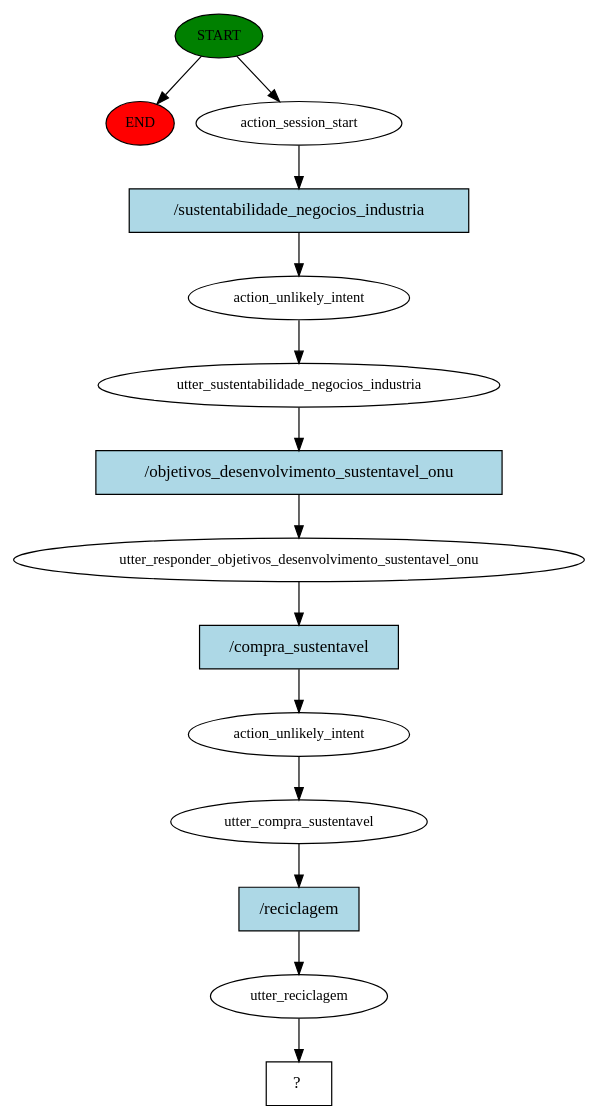
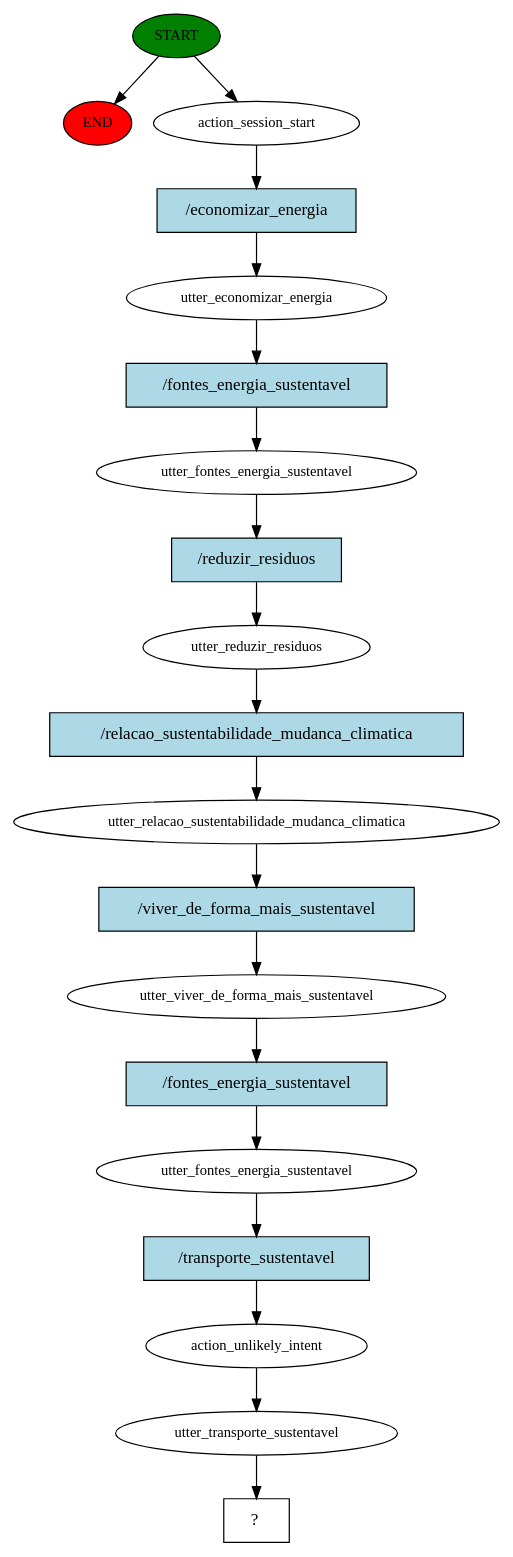
Before and after one commit to DrMadneesss/projeto-chatbot: the diagram in story_graph.dot, drawn with Graphviz. The commit also changed 355 other files, not shown here.

```diff
--- a/story_graph.dot
+++ b/story_graph.dot
@@ -1,29 +1,39 @@
 digraph  {
 0 [class="start active", fillcolor=green, fontsize=12, label=START, style=filled];
 "-1" [class=end, fillcolor=red, fontsize=12, label=END, style=filled];
 1 [class=active, fontsize=12, label=action_session_start];
-2 [class=active, fontsize=12, label=action_unlikely_intent];
-3 [class=active, fontsize=12, label=utter_sustentabilidade_negocios_industria];
-4 [class=active, fontsize=12, label=utter_responder_objetivos_desenvolvimento_sustentavel_onu];
-5 [class=active, fontsize=12, label=action_unlikely_intent];
-6 [class=active, fontsize=12, label=utter_compra_sustentavel];
-7 [class=active, fontsize=12, label=utter_reciclagem];
-8 [class="intent dashed active", label="  ?  ", shape=rect];
-9 [class="intent active", fillcolor=lightblue, label="/sustentabilidade_negocios_industria", shape=rect, style=filled];
-10 [class="intent active", fillcolor=lightblue, label="/objetivos_desenvolvimento_sustentavel_onu", shape=rect, style=filled];
-11 [class="intent active", fillcolor=lightblue, label="/compra_sustentavel", shape=rect, style=filled];
-12 [class="intent active", fillcolor=lightblue, label="/reciclagem", shape=rect, style=filled];
+2 [class=active, fontsize=12, label=utter_economizar_energia];
+3 [class=active, fontsize=12, label=utter_fontes_energia_sustentavel];
+4 [class=active, fontsize=12, label=utter_reduzir_residuos];
+5 [class=active, fontsize=12, label=utter_relacao_sustentabilidade_mudanca_climatica];
+6 [class=active, fontsize=12, label=utter_viver_de_forma_mais_sustentavel];
+7 [class=active, fontsize=12, label=utter_fontes_energia_sustentavel];
+8 [class=active, fontsize=12, label=action_unlikely_intent];
+9 [class=active, fontsize=12, label=utter_transporte_sustentavel];
+10 [class="intent dashed active", label="  ?  ", shape=rect];
+11 [class="intent active", fillcolor=lightblue, label="/economizar_energia", shape=rect, style=filled];
+12 [class="intent active", fillcolor=lightblue, label="/fontes_energia_sustentavel", shape=rect, style=filled];
+13 [class="intent active", fillcolor=lightblue, label="/reduzir_residuos", shape=rect, style=filled];
+14 [class="intent active", fillcolor=lightblue, label="/relacao_sustentabilidade_mudanca_climatica", shape=rect, style=filled];
+15 [class="intent active", fillcolor=lightblue, label="/viver_de_forma_mais_sustentavel", shape=rect, style=filled];
+16 [class="intent active", fillcolor=lightblue, label="/fontes_energia_sustentavel", shape=rect, style=filled];
+17 [class="intent active", fillcolor=lightblue, label="/transporte_sustentavel", shape=rect, style=filled];
 0 -> "-1"  [class="", key=NONE, label=""];
 0 -> 1  [class=active, key=NONE, label=""];
-1 -> 9  [class=active, key=0];
-2 -> 3  [class=active, key=NONE, label=""];
-3 -> 10  [class=active, key=0];
-4 -> 11  [class=active, key=0];
-5 -> 6  [class=active, key=NONE, label=""];
-6 -> 12  [class=active, key=0];
-7 -> 8  [class=active, key=NONE, label=""];
-9 -> 2  [class=active, key=0];
-10 -> 4  [class=active, key=0];
-11 -> 5  [class=active, key=0];
-12 -> 7  [class=active, key=0];
+1 -> 11  [class=active, key=0];
+2 -> 12  [class=active, key=0];
+3 -> 13  [class=active, key=0];
+4 -> 14  [class=active, key=0];
+5 -> 15  [class=active, key=0];
+6 -> 16  [class=active, key=0];
+7 -> 17  [class=active, key=0];
+8 -> 9  [class=active, key=NONE, label=""];
+9 -> 10  [class=active, key=NONE, label=""];
+11 -> 2  [class=active, key=0];
+12 -> 3  [class=active, key=0];
+13 -> 4  [class=active, key=0];
+14 -> 5  [class=active, key=0];
+15 -> 6  [class=active, key=0];
+16 -> 7  [class=active, key=0];
+17 -> 8  [class=active, key=0];
 }
```
